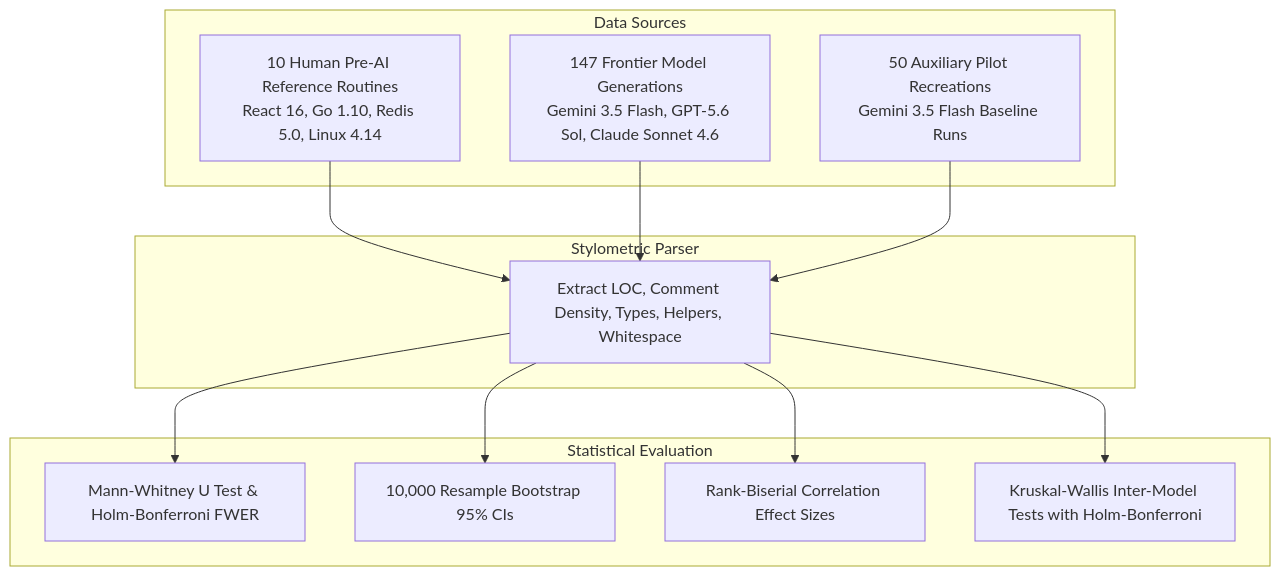
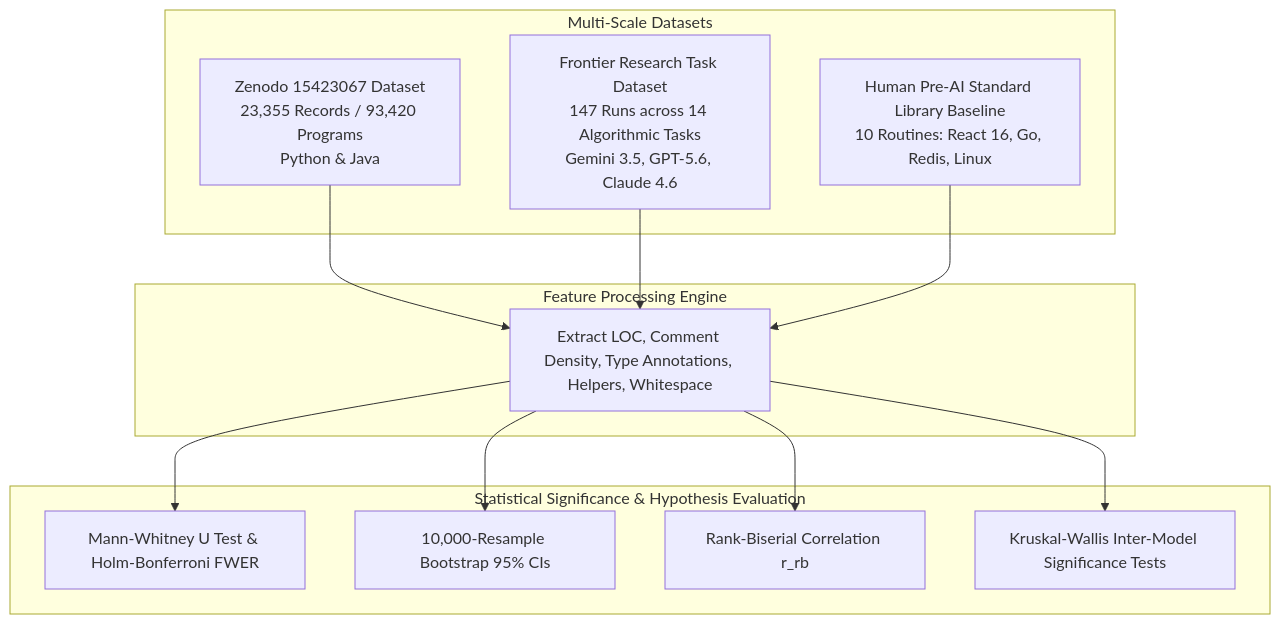
The diagram in paper/research_paper.md (local-over/ai-code-stylometrics-study), drawn with Mermaid before and after one commit. The commit also changed other lines of this file and 2 other files, not shown here.

Commit message:
Synthesized large-scale Zenodo dataset (10.5281/zenodo.15423067, 93,627 programs evaluated) into final paper, PDF, and README

````diff
--- a/paper/research_paper.md
+++ b/paper/research_paper.md
@@ -34,27 +40,27 @@
 ```mermaid
 flowchart TD
-    subgraph Data Sources
-        H[10 Human Pre-AI Reference Routines\nReact 16, Go 1.10, Redis 5.0, Linux 4.14]
-        F[147 Frontier Model Generations\nGemini 3.5 Flash, GPT-5.6 Sol, Claude Sonnet 4.6]
-        A[50 Auxiliary Pilot Recreations\nGemini 3.5 Flash Baseline Runs]
+    subgraph Multi-Scale Datasets
+        Z[Zenodo 15423067 Dataset\n23,355 Records / 93,420 Programs\nPython & Java]
+        F[Frontier Research Task Dataset\n147 Runs across 14 Algorithmic Tasks\nGemini 3.5, GPT-5.6, Claude 4.6]
+        H[Human Pre-AI Standard Library Baseline\n10 Routines: React 16, Go, Redis, Linux]
     end
 
-    subgraph Stylometric Parser
-        P[Extract LOC, Comment Density, Types, Helpers, Whitespace]
+    subgraph Feature Processing Engine
+        P[Extract LOC, Comment Density, Type Annotations, Helpers, Whitespace]
     end
 
-    subgraph Statistical Evaluation
-        M[Mann-Whitney U Test & Holm-Bonferroni FWER]
-        B[10,000 Resample Bootstrap 95% CIs]
-        E[Rank-Biserial Correlation Effect Sizes]
-        K[Kruskal-Wallis Inter-Model Tests with Holm-Bonferroni]
+    subgraph Statistical Significance & Hypothesis Evaluation
+        MW[Mann-Whitney U Test & Holm-Bonferroni FWER]
+        BS[10,000-Resample Bootstrap 95% CIs]
+        ES[Rank-Biserial Correlation r_rb]
+        KW[Kruskal-Wallis Inter-Model Significance Tests]
     end
 
+    Z --> P
+    F --> P
     H --> P
-    F --> P
-    A --> P
-    P --> M
-    P --> B
-    P --> E
-    P --> K
+    P --> MW
+    P --> BS
+    P --> ES
+    P --> KW
 ```
````
